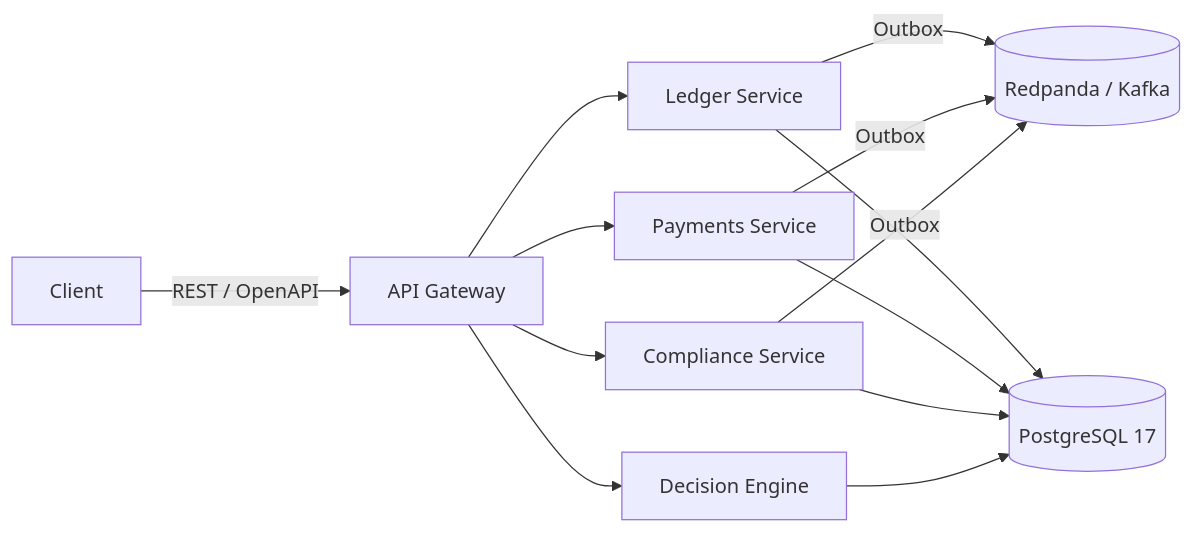
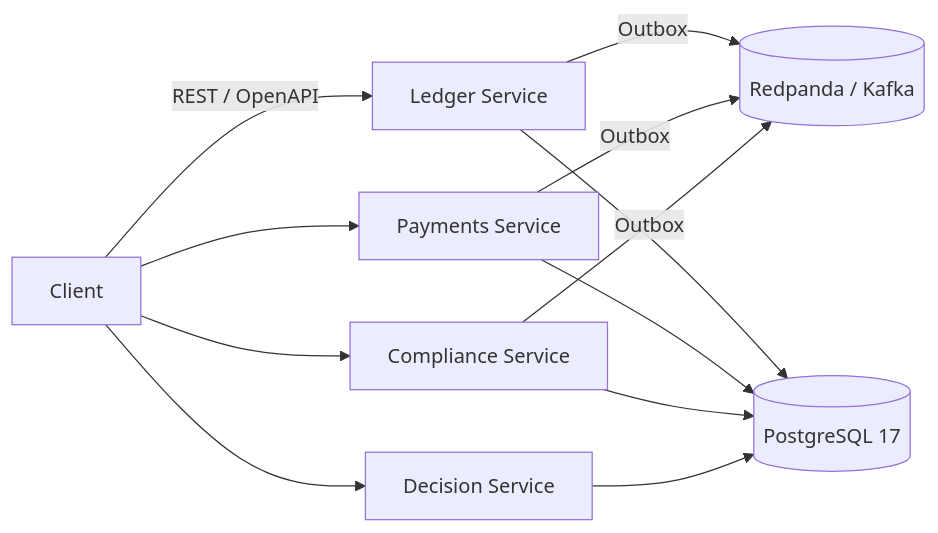
The diagram in README.md (tiana-code/fincore-engine), drawn with Mermaid before and after one commit. The commit also changed other lines of this file, not shown here.

````diff
--- a/README.md
+++ b/README.md
@@ -93,15 +130,14 @@
 ```mermaid
 graph LR
-    Client -->|REST / OpenAPI| Gateway[API Gateway]
-    Gateway --> Ledger[Ledger Service]
-    Gateway --> Payments[Payments Service]
-    Gateway --> Compliance[Compliance Service]
-    Gateway --> Decision[Decision Engine]
-    Ledger -->|Outbox| Redpanda[(Redpanda / Kafka)]
-    Payments -->|Outbox| Redpanda
-    Compliance -->|Outbox| Redpanda
+    Client -->|REST / OpenAPI| Ledger[Ledger Service]
+    Client --> Payments[Payments Service]
+    Client --> Compliance[Compliance Service]
+    Client --> Decision[Decision Service]
+    Ledger -->|Outbox| Broker[(Redpanda / Kafka)]
+    Payments -->|Outbox| Broker
+    Compliance -->|Outbox| Broker
     Ledger --> Postgres[(PostgreSQL 17)]
     Payments --> Postgres
     Compliance --> Postgres
     Decision --> Postgres
 ```
````
